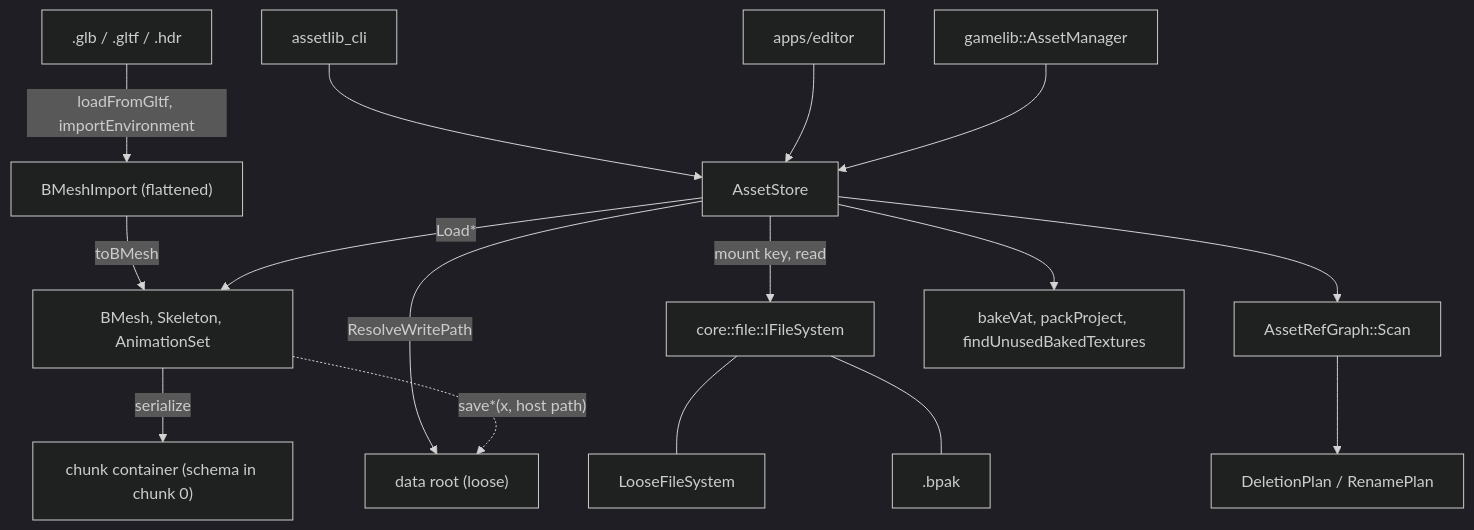
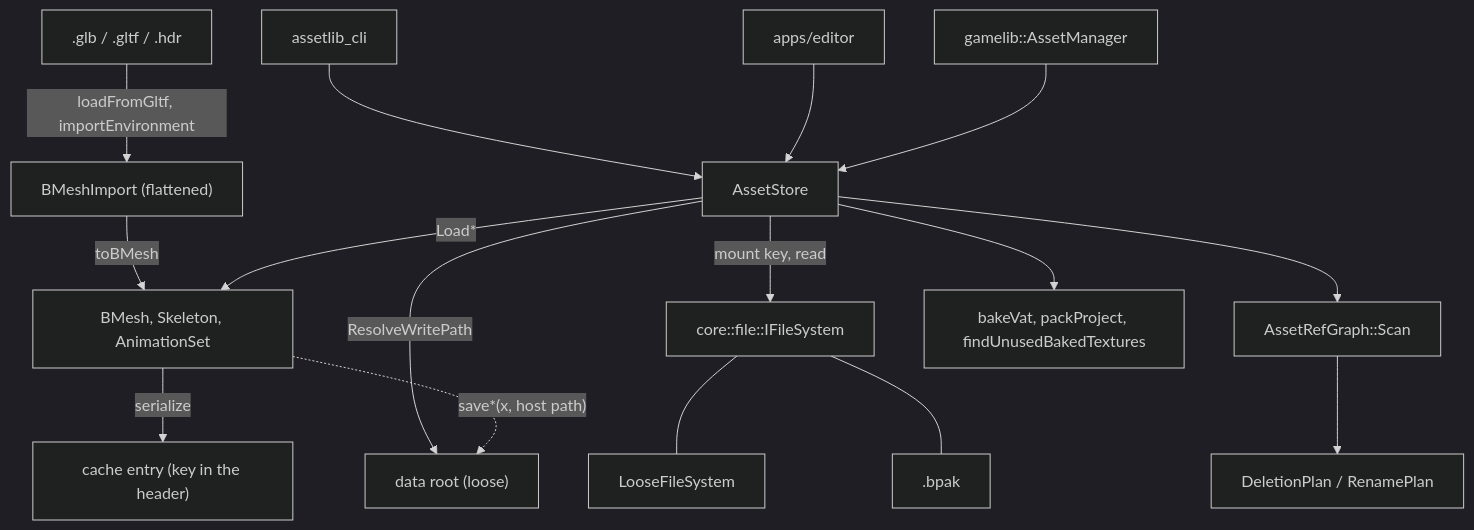
Before and after one commit to alexjiang200407/bernini: the diagram in docs/assetlib_api.md, drawn with Mermaid (dark theme). The commit also changed other lines of this file and 160 other files, not shown here.

````diff
--- a/docs/assetlib_api.md
+++ b/docs/assetlib_api.md
@@ -102,22 +103,22 @@
 ```mermaid
 flowchart TD
     GLTF[".glb / .gltf / .hdr"] -- "loadFromGltf, importEnvironment" --> IMP["BMeshImport (flattened)"]
     IMP -- "toBMesh" --> POD["BMesh, Skeleton, AnimationSet"]
-    POD -- "serialize" --> C["chunk container (schema in chunk 0)"]
+    POD -- "serialize" --> C["cache entry (key in the header)"]
 
     STORE["AssetStore"] -- "mount key, read" --> FS["core::file::IFileSystem"]
     STORE -- "ResolveWritePath" --> ROOT["data root (loose)"]
     FS --- LOOSE["LooseFileSystem"]
     FS --- PAK[".bpak"]
 
     STORE -- "Load*" --> POD
     POD -. "save*(x, host path)" .-> ROOT
 
     STORE --> GRAPH["AssetRefGraph::Scan"]
     GRAPH --> PLAN["DeletionPlan / RenamePlan"]
     STORE --> BAKE["bakeVat, packProject, findUnusedBakedTextures"]
 
     CLI["assetlib_cli"] --> STORE
     ED["apps/editor"] --> STORE
     GL["gamelib::AssetManager"] --> STORE
 ```
````
